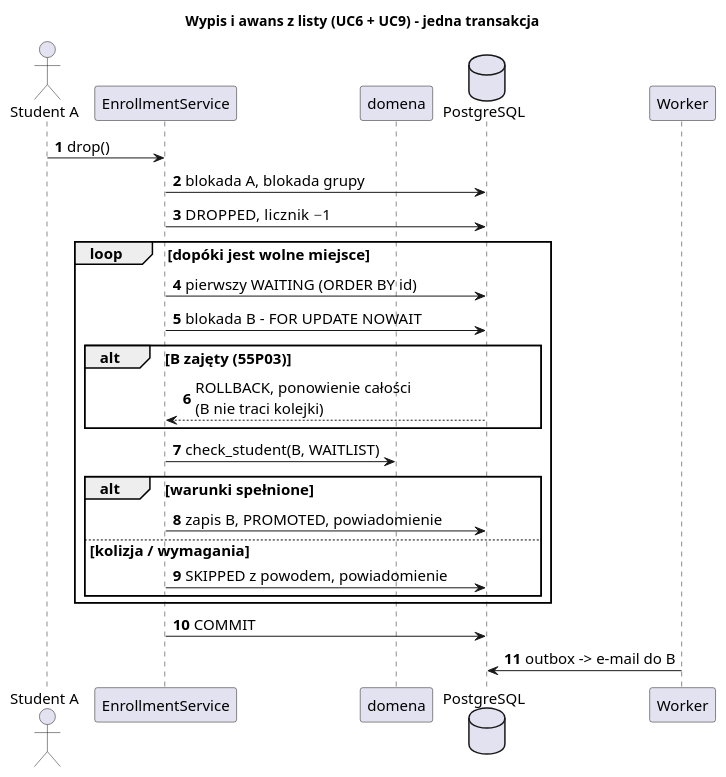
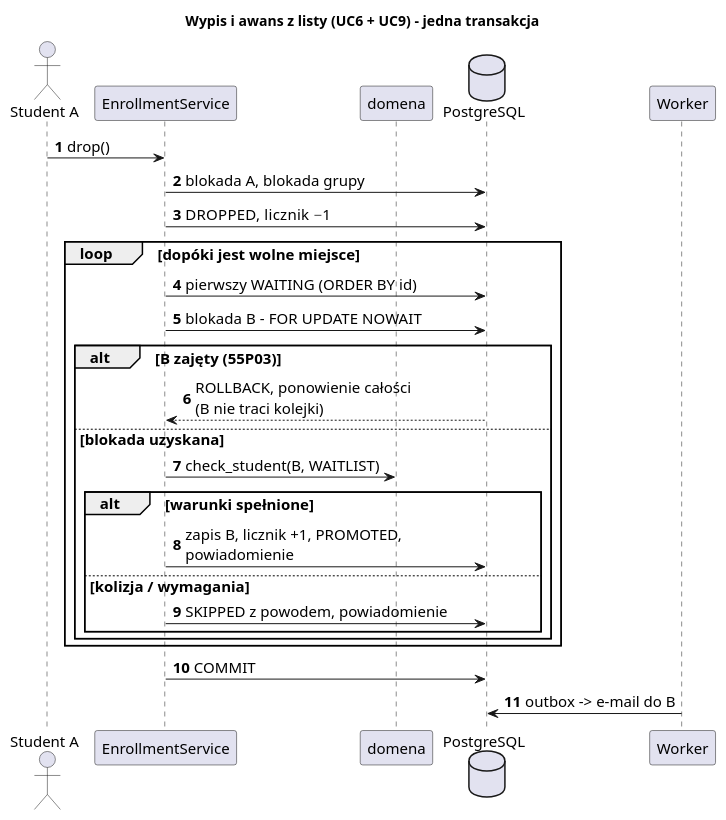
One commit to Husaria55/USOSv2 changed the diagram in etap3/diagramy/sekwencja_awans_skrot.puml. Above: the diagram before and after it, drawn with PlantUML. The commit also changed 22 other files, not shown here.

```diff
--- a/etap3/diagramy/sekwencja_awans_skrot.puml
+++ b/etap3/diagramy/sekwencja_awans_skrot.puml
@@ -1,32 +1,33 @@
 @startuml sekwencja_awans_skrot
 title Wypis i awans z listy (UC6 + UC9) – jedna transakcja
 skinparam shadowing false
 skinparam defaultFontSize 15
 skinparam sequenceMessageAlign left
 autonumber
 
 actor "Student A" as A
 participant "EnrollmentService" as svc
 participant "domena" as dom
 database "PostgreSQL" as db
 participant "Worker" as w
 
 A -> svc : drop()
 svc -> db : blokada A, blokada grupy
 svc -> db : DROPPED, licznik −1
 loop dopóki jest wolne miejsce
   svc -> db : pierwszy WAITING (ORDER BY id)
   svc -> db : blokada B – FOR UPDATE NOWAIT
   alt B zajęty (55P03)
     db --> svc : ROLLBACK, ponowienie całości\n(B nie traci kolejki)
-  end
-  svc -> dom : check_student(B, WAITLIST)
-  alt warunki spełnione
-    svc -> db : zapis B, PROMOTED, powiadomienie
-  else kolizja / wymagania
-    svc -> db : SKIPPED z powodem, powiadomienie
+  else blokada uzyskana
+    svc -> dom : check_student(B, WAITLIST)
+    alt warunki spełnione
+      svc -> db : zapis B, licznik +1, PROMOTED,\npowiadomienie
+    else kolizja / wymagania
+      svc -> db : SKIPPED z powodem, powiadomienie
+    end
   end
 end
 svc -> db : COMMIT
 w -> db : outbox -> e-mail do B
 @enduml
```
